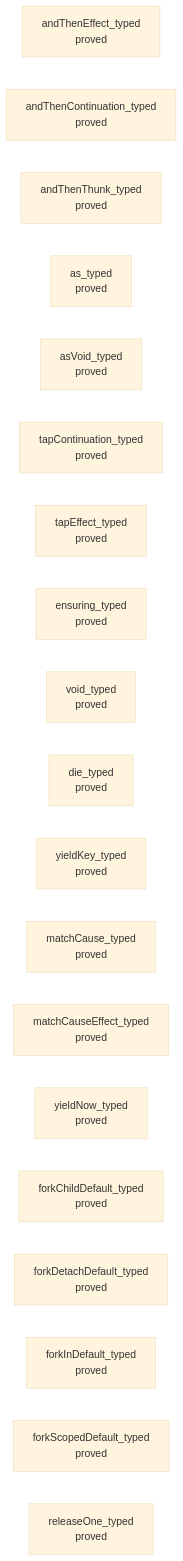
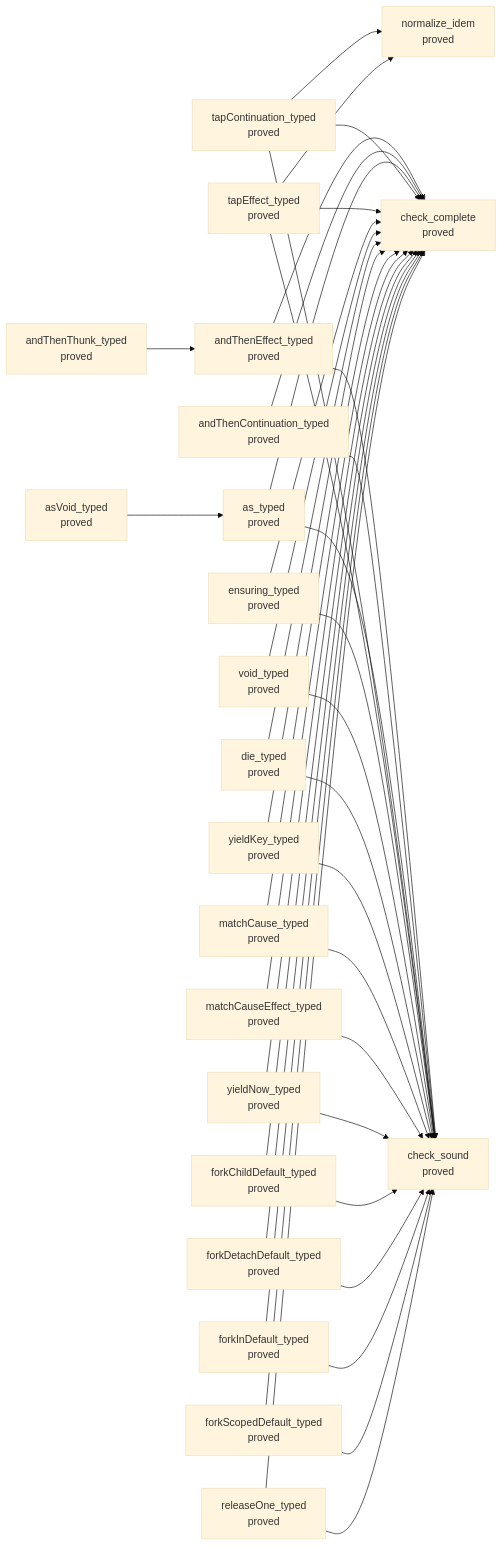
The tenth of 13 diagrams in generated/semantics.md (pure-algebra/lean4-effect4), drawn with Mermaid (base theme) before and after one commit. The commit also changed other lines of this file and 29 other files, not shown here.

````diff
--- a/generated/semantics.md
+++ b/generated/semantics.md
@@ -1663,22 +2131,63 @@
 ```mermaid
 flowchart LR
   n0["andThenEffect_typed<br/>proved"]
   n1["andThenContinuation_typed<br/>proved"]
   n2["andThenThunk_typed<br/>proved"]
   n3["as_typed<br/>proved"]
   n4["asVoid_typed<br/>proved"]
   n5["tapContinuation_typed<br/>proved"]
   n6["tapEffect_typed<br/>proved"]
   n7["ensuring_typed<br/>proved"]
   n8["void_typed<br/>proved"]
   n9["die_typed<br/>proved"]
   n10["yieldKey_typed<br/>proved"]
   n11["matchCause_typed<br/>proved"]
   n12["matchCauseEffect_typed<br/>proved"]
   n13["yieldNow_typed<br/>proved"]
   n14["forkChildDefault_typed<br/>proved"]
   n15["forkDetachDefault_typed<br/>proved"]
   n16["forkInDefault_typed<br/>proved"]
   n17["forkScopedDefault_typed<br/>proved"]
   n18["releaseOne_typed<br/>proved"]
+  n19["check_sound<br/>proved"]
+  n20["check_complete<br/>proved"]
+  n21["normalize_idem<br/>proved"]
+  n0 --> n19
+  n0 --> n20
+  n1 --> n19
+  n1 --> n20
+  n2 --> n0
+  n3 --> n19
+  n3 --> n20
+  n4 --> n3
+  n5 --> n21
+  n5 --> n19
+  n5 --> n20
+  n6 --> n21
+  n6 --> n19
+  n6 --> n20
+  n7 --> n19
+  n7 --> n20
+  n8 --> n20
+  n8 --> n19
+  n9 --> n20
+  n9 --> n19
+  n10 --> n20
+  n10 --> n19
+  n11 --> n19
+  n11 --> n20
+  n12 --> n19
+  n12 --> n20
+  n13 --> n20
+  n13 --> n19
+  n14 --> n19
+  n14 --> n20
+  n15 --> n19
+  n15 --> n20
+  n16 --> n19
+  n16 --> n20
+  n17 --> n19
+  n17 --> n20
+  n18 --> n19
+  n18 --> n20
 ```
````
